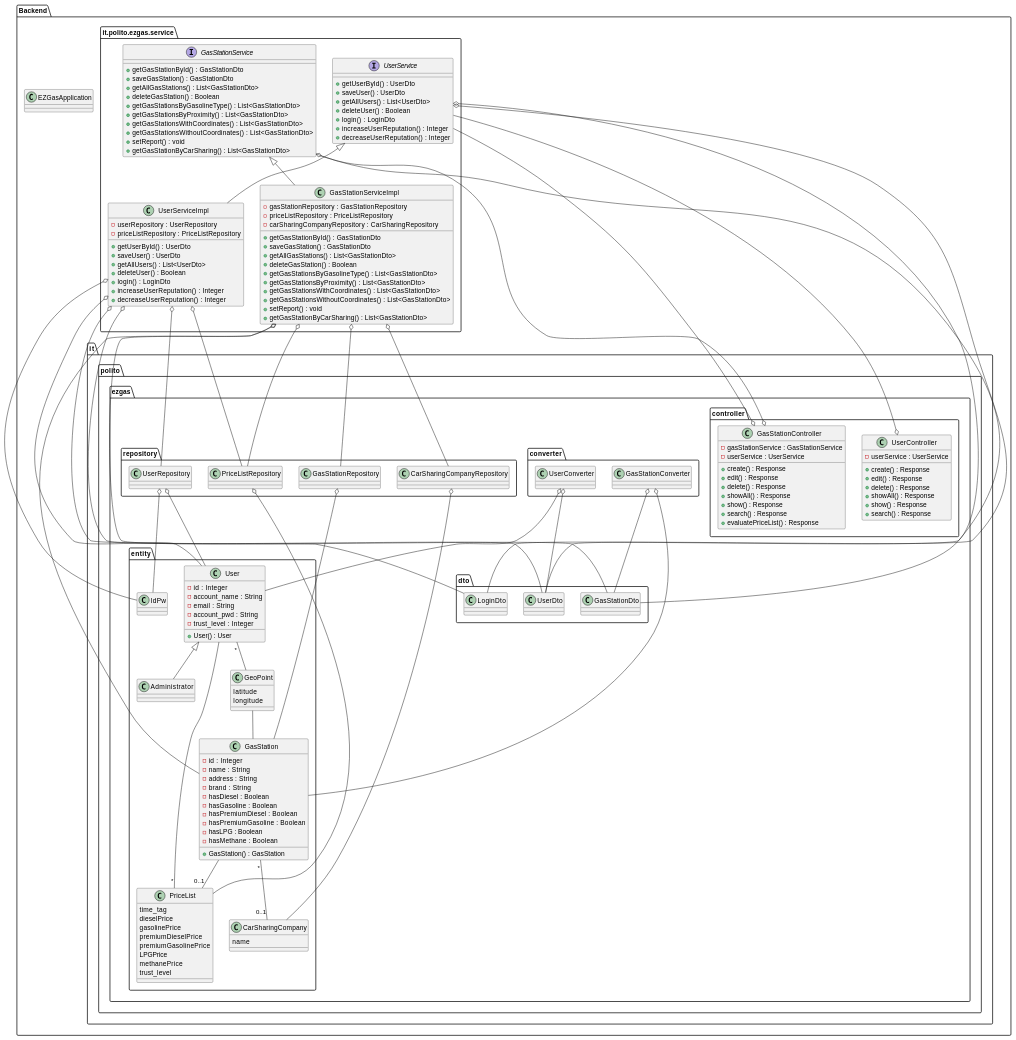
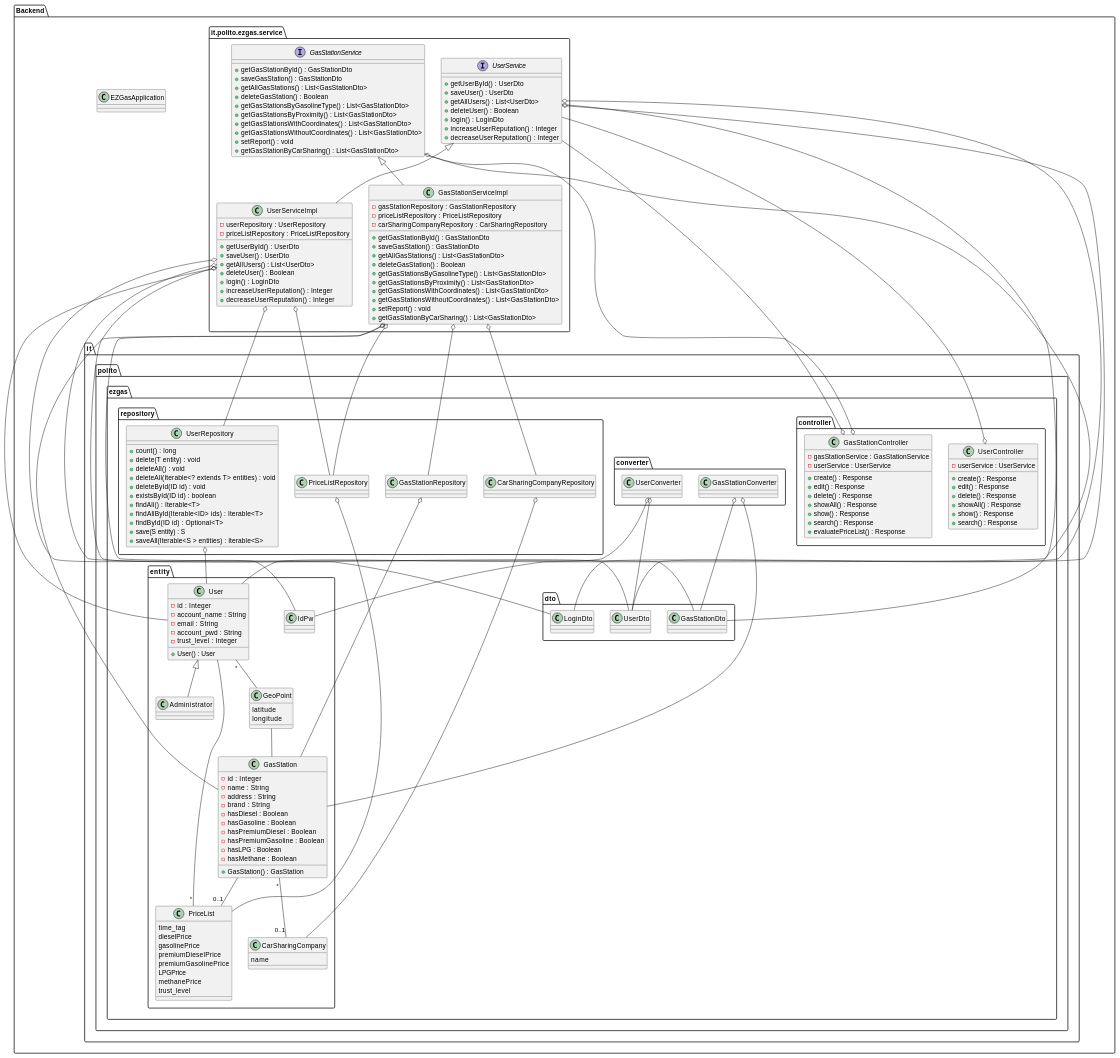
Before and after one commit to lucarinelli/ezgas: the fourth of 4 diagrams in docs/DesignDocument.md, drawn with PlantUML.

Commit message:
docs: WIP class diagram crud repository methods

```diff
--- a/docs/DesignDocument.md
+++ b/docs/DesignDocument.md
@@ -376,6 +376,17 @@
     
     package "it.polito.ezgas.repository" {
         class UserRepository{
+            +count() : long
+            +delete(T entity) : void
+            +deleteAll() : void
+            +deleteAll(Iterable<? extends T> entities) : void
+            +deleteById(ID id) : void
+            +existsById(ID id) : boolean
+            +findAll() : Iterable<T>
+            +findAllById(Iterable<ID> ids) : Iterable<T> 
+            +findById(ID id) : Optional<T>
+            +save(S entity) : S
+            +saveAll(Iterable<S > entities) : Iterable<S>
         }
         
         class GasStationRepository{
@@ -415,7 +426,7 @@
 UserServiceImpl o-- User
 UserRepository o-- User
 UserServiceImpl o-- IdPw
-UserRepository o-- IdPw
+UserService o-- IdPw
 
 GasStationService o-- GasStationDto
 GasStationServiceImpl o-- GasStationDto
```
